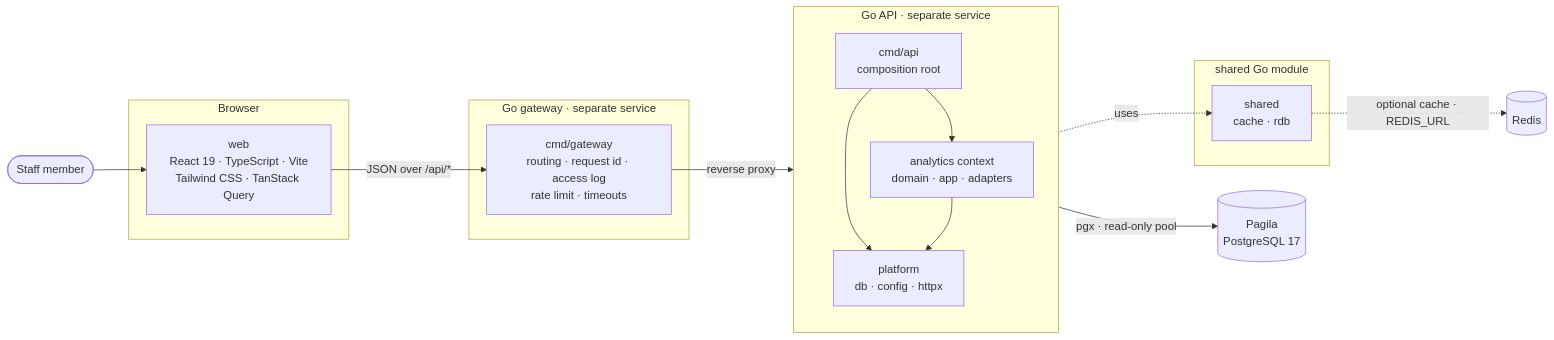
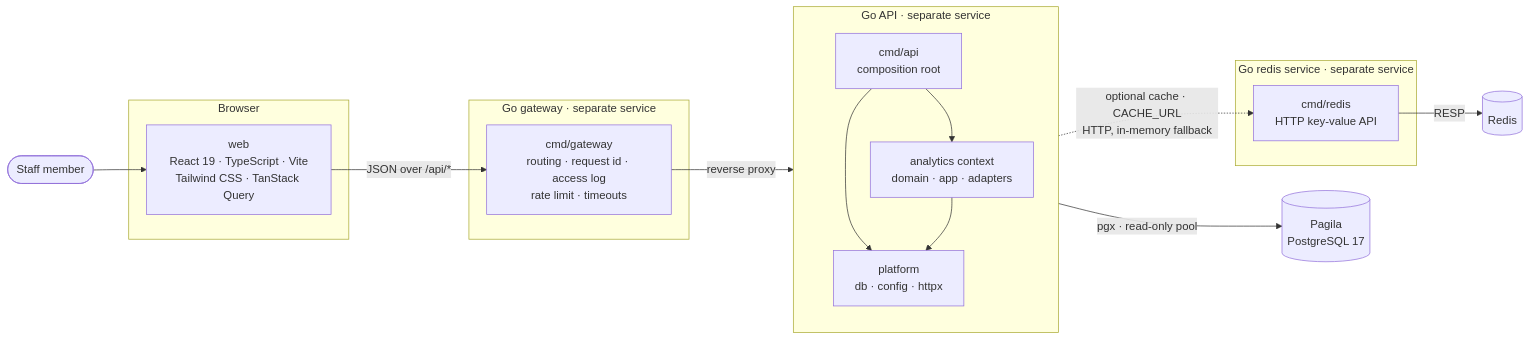
The second of 7 diagrams in README.md (SangNguyen2810/store-operation), drawn with Mermaid before and after one commit. The commit also changed other lines of this file and 98 other files, not shown here.

````diff
--- a/README.md
+++ b/README.md
@@ -530,27 +589,27 @@
 ```mermaid
 flowchart LR
     user([Staff member]) --> web
     subgraph browser [Browser]
         web["web<br/>React 19 · TypeScript · Vite<br/>Tailwind CSS · TanStack Query"]
     end
     subgraph edge [Go gateway · separate service]
         gateway["cmd/gateway<br/>routing · request id · access log<br/>rate limit · timeouts"]
     end
     subgraph server [Go API · separate service]
         direction TB
         api["cmd/api<br/>composition root"]
         analytics["analytics context<br/>domain · app · adapters"]
         platform["platform<br/>db · config · httpx"]
         api --> analytics
         api --> platform
         analytics --> platform
     end
-    subgraph lib [shared Go module]
-        shared["shared<br/>cache · rdb"]
+    subgraph kv [Go redis service · separate service]
+        redissvc["cmd/redis<br/>HTTP key-value API"]
     end
     web -- "JSON over /api/*" --> gateway
     gateway -- "reverse proxy" --> api
     analytics -- "pgx · read-only pool" --> pg[("Pagila<br/>PostgreSQL 17")]
-    analytics -. "uses" .-> shared
-    shared -. "optional cache · REDIS_URL" .-> redis[("Redis")]
+    analytics -. "optional cache · CACHE_URL<br/>HTTP, in-memory fallback" .-> redissvc
+    redissvc -- "RESP" --> redis[("Redis")]
 ```
````
